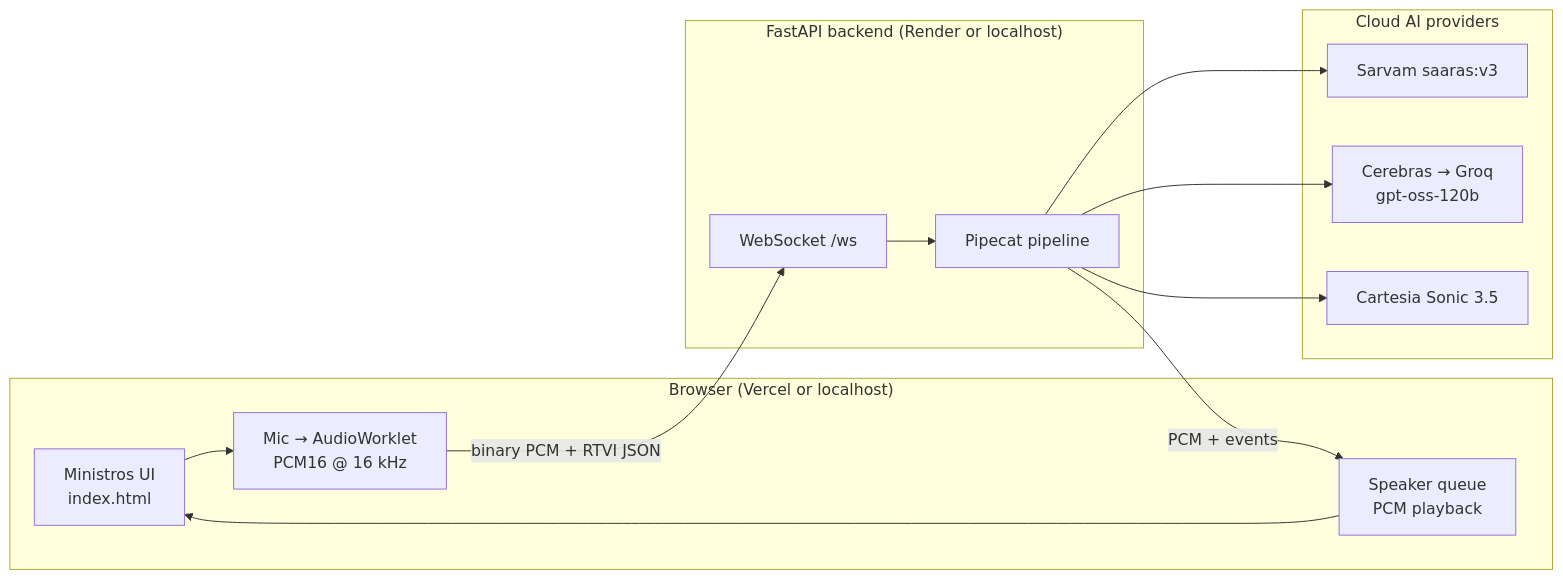
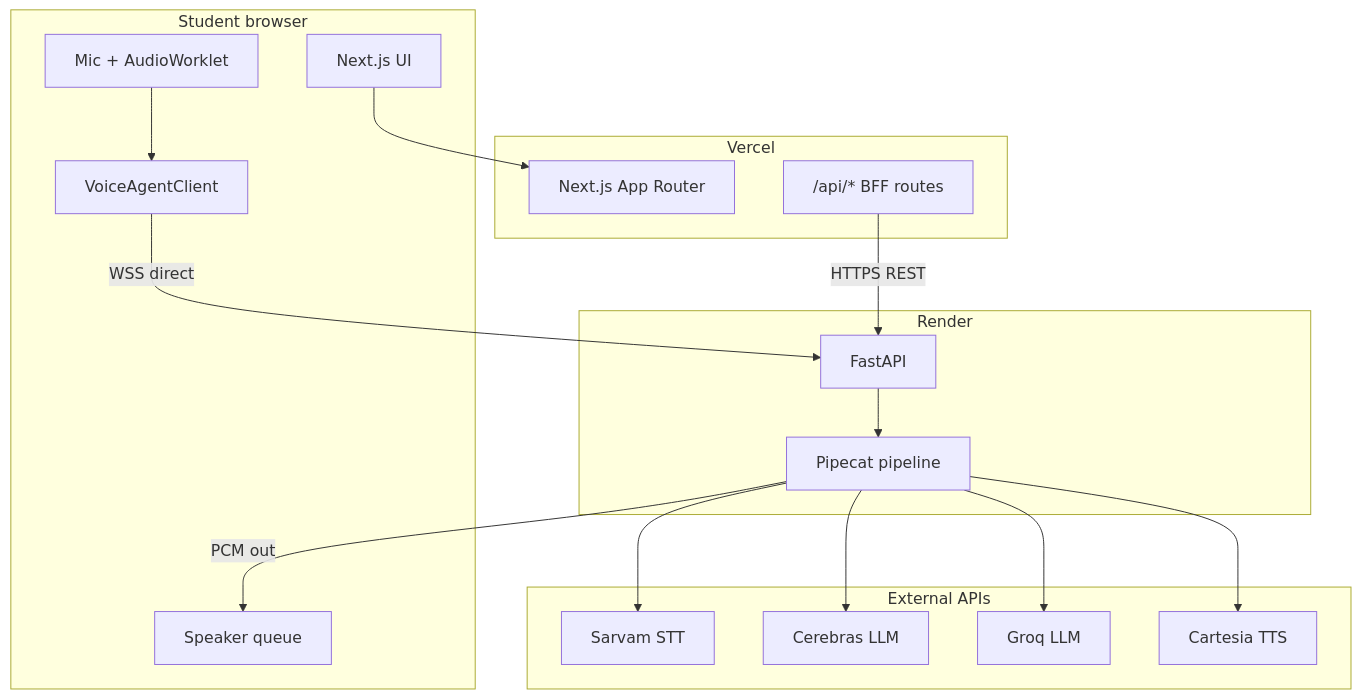
One commit to v-i-s-h-a-l-l/real-time-live-agent changed the second of 4 diagrams in README.md. Above: the diagram before and after it, drawn with Mermaid. The commit also changed other lines of this file, not shown here.

First line of the commit message:
Add production-grade README with full architecture and deployment documentation.

````diff
--- a/README.md
+++ b/README.md
@@ -79,28 +209,37 @@
 ```mermaid
-flowchart LR
-  subgraph Browser["Browser (Vercel or localhost)"]
-    UI["Ministros UI<br/>index.html"]
-    Mic["Mic → AudioWorklet<br/>PCM16 @ 16 kHz"]
-    Spk["Speaker queue<br/>PCM playback"]
-    UI --> Mic
-    Spk --> UI
+flowchart TB
+  subgraph Browser["Student browser"]
+    UI[Next.js UI]
+    WSClient[VoiceAgentClient]
+    Mic[Mic + AudioWorklet]
+    Spk[Speaker queue]
   end
 
-  subgraph Backend["FastAPI backend (Render or localhost)"]
-    WS["WebSocket /ws"]
-    Pipe["Pipecat pipeline"]
-    WS --> Pipe
+  subgraph Vercel["Vercel"]
+    Next[Next.js App Router]
+    API["/api/* BFF routes"]
   end
 
-  subgraph Providers["Cloud AI providers"]
-    STT["Sarvam saaras:v3"]
-    LLM["Cerebras → Groq<br/>gpt-oss-120b"]
-    TTS["Cartesia Sonic 3.5"]
+  subgraph Render["Render"]
+    FastAPI[FastAPI]
+    Pipe[Pipecat pipeline]
   end
 
-  Mic -->|"binary PCM + RTVI JSON"| WS
-  Pipe --> STT
-  Pipe --> LLM
-  Pipe --> TTS
-  Pipe -->|"PCM + events"| Spk
+  subgraph External["External APIs"]
+    Sarvam[Sarvam STT]
+    Cerebras[Cerebras LLM]
+    Groq[Groq LLM]
+    Cartesia[Cartesia TTS]
+  end
+
+  UI --> Next
+  API -->|HTTPS REST| FastAPI
+  WSClient -->|WSS direct| FastAPI
+  Mic --> WSClient
+  FastAPI --> Pipe
+  Pipe --> Sarvam
+  Pipe --> Cerebras
+  Pipe --> Groq
+  Pipe --> Cartesia
+  Pipe -->|PCM out| Spk
 ```
````
